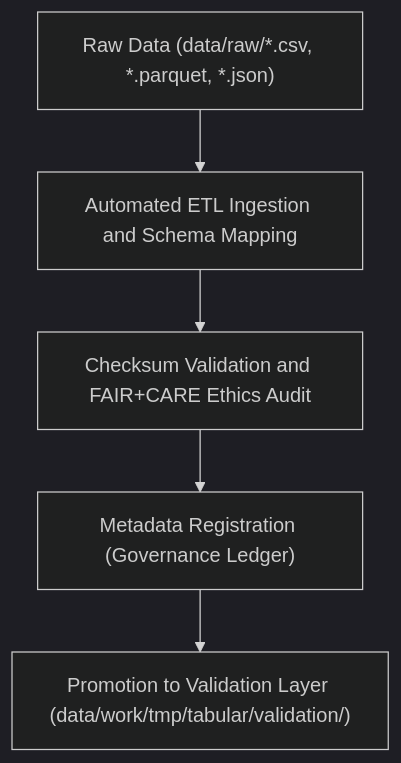
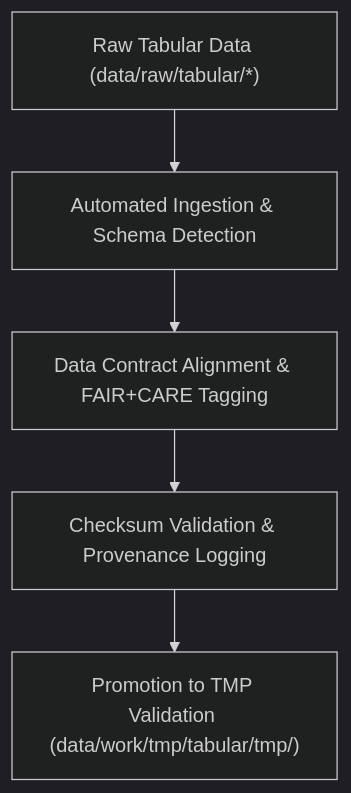
Before and after one commit to bartytime4life/Kansas-Frontier-Matrix: the diagram in data/work/tmp/tabular/intake/README.md, drawn with Mermaid (dark theme). The commit also changed other lines of this file, not shown here.

````diff
--- a/data/work/tmp/tabular/intake/README.md
+++ b/data/work/tmp/tabular/intake/README.md
@@ -68,7 +62,7 @@
 ```mermaid
 flowchart TD
-    A["Raw Data (data/raw/*.csv, *.parquet, *.json)"] --> B["Automated ETL Ingestion and Schema Mapping"]
-    B --> C["Checksum Validation and FAIR+CARE Ethics Audit"]
-    C --> D["Metadata Registration (Governance Ledger)"]
-    D --> E["Promotion to Validation Layer (data/work/tmp/tabular/validation/)"]
+    A["Raw Tabular Data (data/raw/tabular/*)"] --> B["Automated Ingestion & Schema Detection"]
+    B --> C["Data Contract Alignment & FAIR+CARE Tagging"]
+    C --> D["Checksum Validation & Provenance Logging"]
+    D --> E["Promotion to TMP Validation (data/work/tmp/tabular/tmp/)"]
 ```
````
